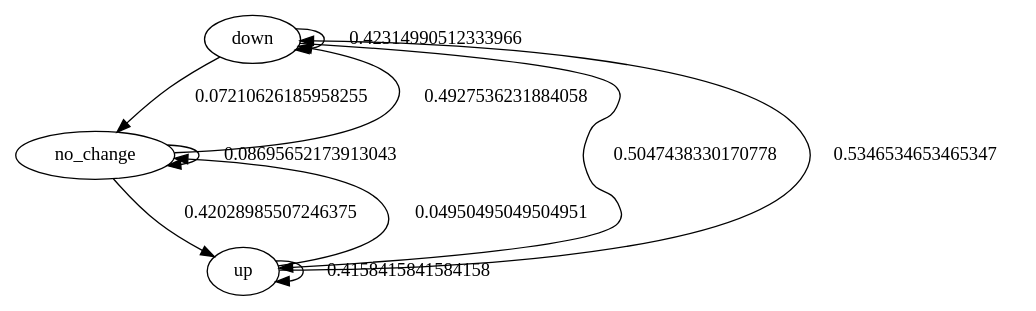
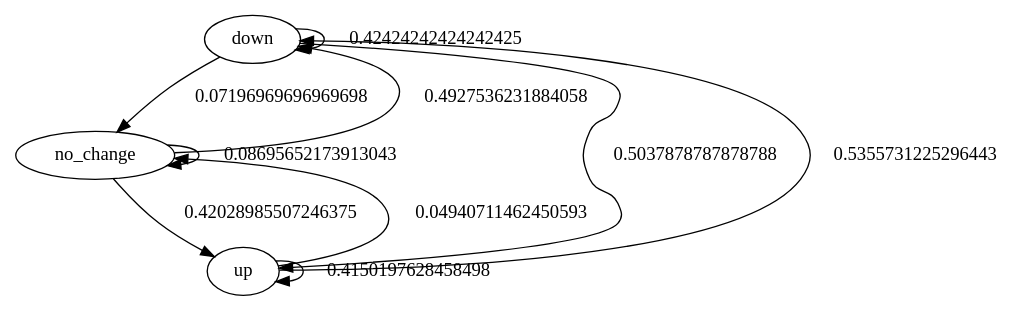
Before and after one commit to BlackPhosphorus/Markov-Trading-Model: the diagram in crypto-markov-model/nasdaq_markov.dot, drawn with Graphviz. The commit also changed 3 other files, not shown here.

```diff
--- a/crypto-markov-model/nasdaq_markov.dot
+++ b/crypto-markov-model/nasdaq_markov.dot
@@ -1,14 +1,14 @@
 digraph  {
 down;
 no_change;
 up;
-down -> down [key=0, weight=0.42314990512333966, label=0.42314990512333966];
-down -> no_change [key=0, weight=0.07210626185958255, label=0.07210626185958255];
-down -> up [key=0, weight=0.5047438330170778, label=0.5047438330170778];
+down -> down [key=0, weight=0.42424242424242425, label=0.42424242424242425];
+down -> no_change [key=0, weight=0.07196969696969698, label=0.07196969696969698];
+down -> up [key=0, weight=0.5037878787878788, label=0.5037878787878788];
 no_change -> down [key=0, weight=0.4927536231884058, label=0.4927536231884058];
 no_change -> no_change [key=0, weight=0.08695652173913043, label=0.08695652173913043];
 no_change -> up [key=0, weight=0.42028985507246375, label=0.42028985507246375];
-up -> down [key=0, weight=0.5346534653465347, label=0.5346534653465347];
-up -> no_change [key=0, weight=0.04950495049504951, label=0.04950495049504951];
-up -> up [key=0, weight=0.4158415841584158, label=0.4158415841584158];
+up -> down [key=0, weight=0.5355731225296443, label=0.5355731225296443];
+up -> no_change [key=0, weight=0.04940711462450593, label=0.04940711462450593];
+up -> up [key=0, weight=0.4150197628458498, label=0.4150197628458498];
 }
```
